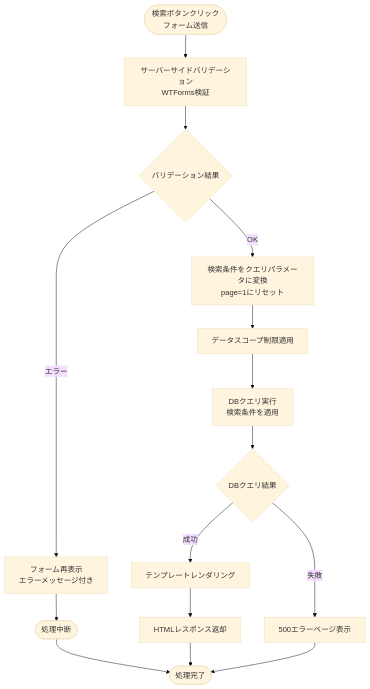
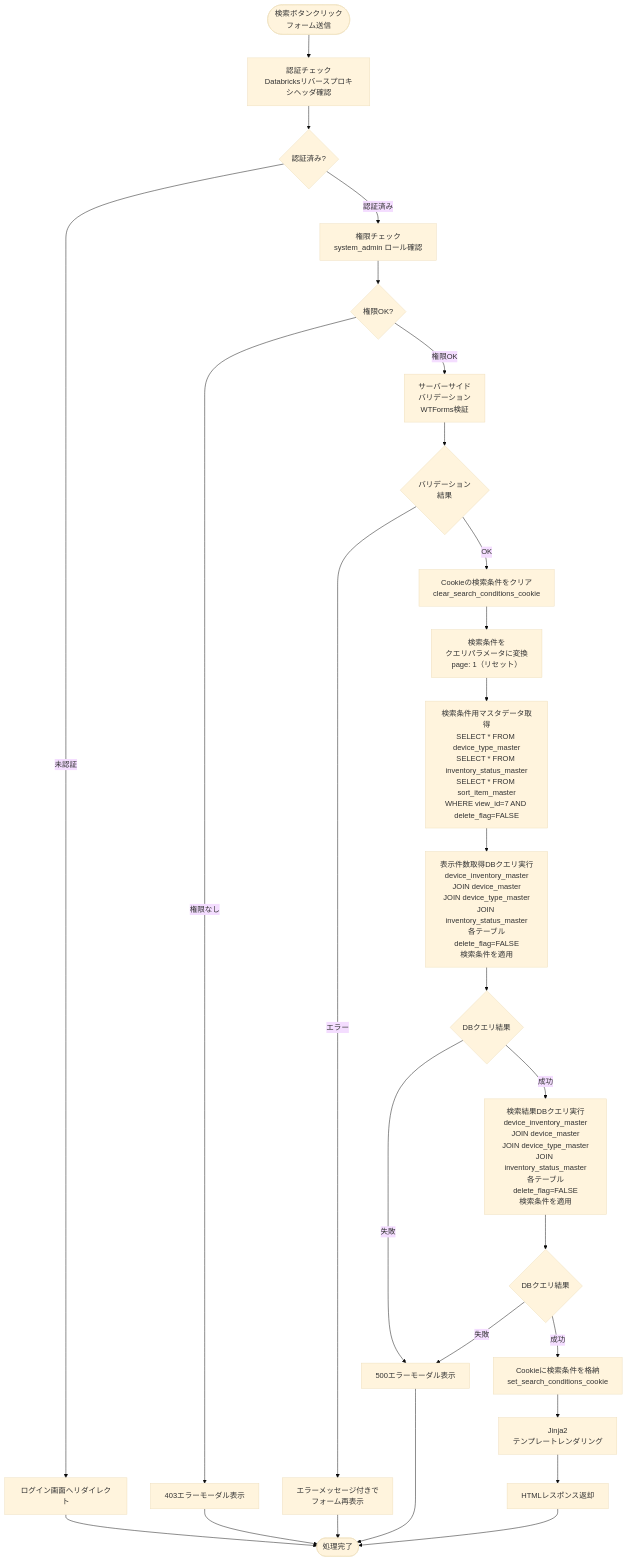
The second of 9 diagrams in docs/03-features/flask-app/device-inventory/workflow-specification.md (NSW-SVCP-AIWG002/Databricks-IoT), drawn with Mermaid (base theme) before and after one commit. The commit also changed other lines of this file and 89 other files, not shown here.

````diff
--- a/docs/03-features/flask-app/device-inventory/workflow-specification.md
+++ b/docs/03-features/flask-app/device-inventory/workflow-specification.md
@@ -236,22 +347,37 @@
 ```mermaid
 flowchart TD
-    Start([検索ボタンクリック<br>フォーム送信]) --> Validate[サーバーサイドバリデーション<br>WTForms検証]
-    Validate --> ValidCheck{バリデーション結果}
+    Start([検索ボタンクリック<br>フォーム送信]) --> Auth[認証チェック<br>Databricksリバースプロキシヘッダ確認]
+    Auth --> CheckAuth{認証済み?}
+    CheckAuth -->|未認証| Error401[ログイン画面へリダイレクト]
+    Error401 --> End([処理完了])
 
-    ValidCheck -->|エラー| ValidError[フォーム再表示<br>エラーメッセージ付き]
-    ValidError --> ValidEnd([処理中断])
+    CheckAuth -->|認証済み| Permission[権限チェック<br>system_admin ロール確認]
+    Permission --> CheckPerm{権限OK?}
+    CheckPerm -->|権限なし| Error403[403エラーモーダル表示]
+    Error403 --> End
 
-    ValidCheck -->|OK| Convert[検索条件をクエリパラメータに変換<br>page=1にリセット]
-    Convert --> Scope[データスコープ制限適用]
-    Scope --> Query[DBクエリ実行<br>検索条件を適用]
-    Query --> CheckDB{DBクエリ結果}
+    CheckPerm -->|権限OK| Validate[サーバーサイド<br>バリデーション<br>WTForms検証]
+    Validate --> ValidCheck{バリデーション<br>結果}
 
-    CheckDB -->|成功| Template[テンプレートレンダリング]
+    ValidCheck -->|エラー| ValidError[エラーメッセージ付きで<br>フォーム再表示]
+    ValidError --> End
+
+    ValidCheck -->|OK| ClearCookie[Cookieの検索条件をクリア<br>clear_search_conditions_cookie]
+    ClearCookie --> Convert[検索条件を<br>クエリパラメータに変換<br>page: 1（リセット）]
+    Convert --> LoadMaster[検索条件用マスタデータ取得<br>SELECT * FROM device_type_master<br>SELECT * FROM inventory_status_master<br>SELECT * FROM sort_item_master<br>WHERE view_id=7 AND delete_flag=FALSE]
+    LoadMaster --> Count[表示件数取得DBクエリ実行<br>device_inventory_master<br>JOIN device_master<br>JOIN device_type_master<br>JOIN inventory_status_master<br>各テーブルdelete_flag=FALSE<br>検索条件を適用]
+    Count --> CheckDB{DBクエリ結果}
+
+    CheckDB -->|失敗| Error500[500エラーモーダル表示]
+    Error500 --> End
+
+    CheckDB -->|成功| Query[検索結果DBクエリ実行<br>device_inventory_master<br>JOIN device_master<br>JOIN device_type_master<br>JOIN inventory_status_master<br>各テーブルdelete_flag=FALSE<br>検索条件を適用]
+    Query --> CheckDB2{DBクエリ結果}
+
+    CheckDB2 -->|失敗| Error500
+
+    CheckDB2 -->|成功| PutParams[Cookieに検索条件を格納<br>set_search_conditions_cookie]
+    PutParams --> Template[Jinja2<br>テンプレートレンダリング]
     Template --> Response[HTMLレスポンス返却]
-
-    CheckDB -->|失敗| Error500[500エラーページ表示]
-
-    ValidEnd --> End([処理完了])
     Response --> End
-    Error500 --> End
 ```
````
